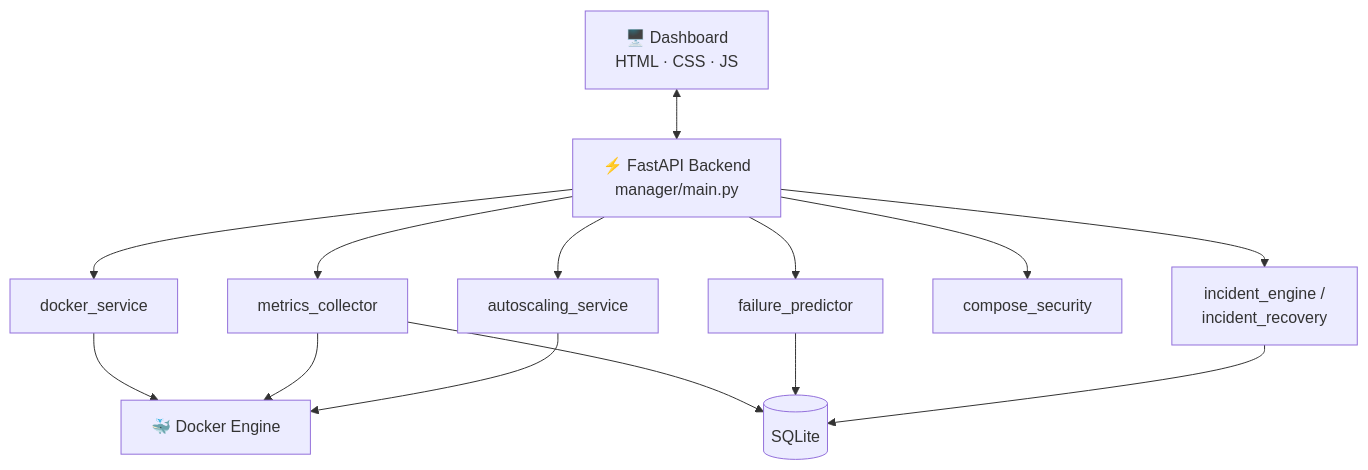
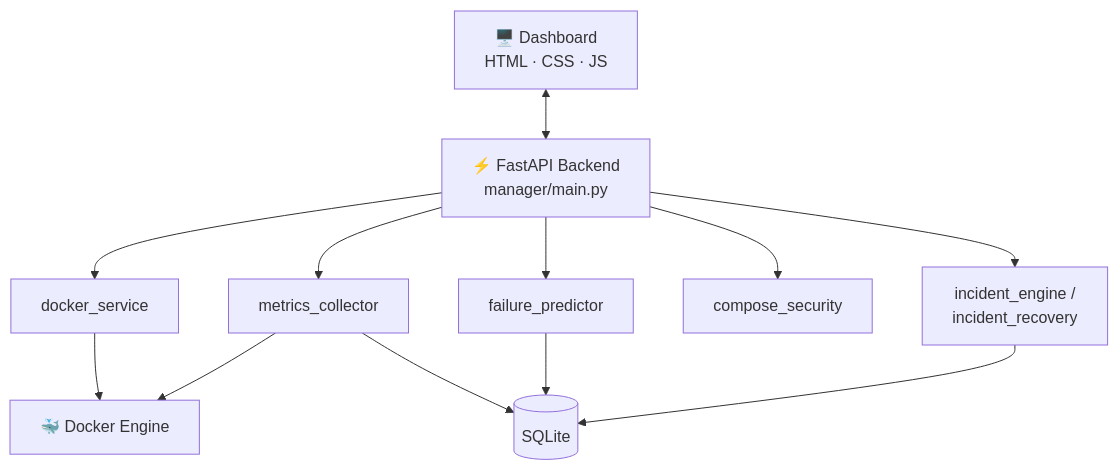
Before and after one commit to kanishkaramesh60/DockPilot: the second of 2 diagrams in README.md, drawn with Mermaid. The commit also changed other lines of this file, not shown here.

````diff
--- a/README.md
+++ b/README.md
@@ -170,22 +154,20 @@
 ```mermaid
 flowchart TB
     UI[🖥️ Dashboard<br/>HTML · CSS · JS]
     API[⚡ FastAPI Backend<br/>manager/main.py]
     DS[docker_service]
     MC[metrics_collector]
     FP[failure_predictor]
-    AS[autoscaling_service]
     CS[compose_security]
     IE[incident_engine /<br/>incident_recovery]
     DB[(SQLite)]
     DE[🐳 Docker Engine]
 
     UI <--> API
-    API --> DS & MC & FP & AS & CS & IE
+    API --> DS & MC & FP & CS & IE
     DS --> DE
     MC --> DE
     MC --> DB
     FP --> DB
     IE --> DB
-    AS --> DE
 ```
````
